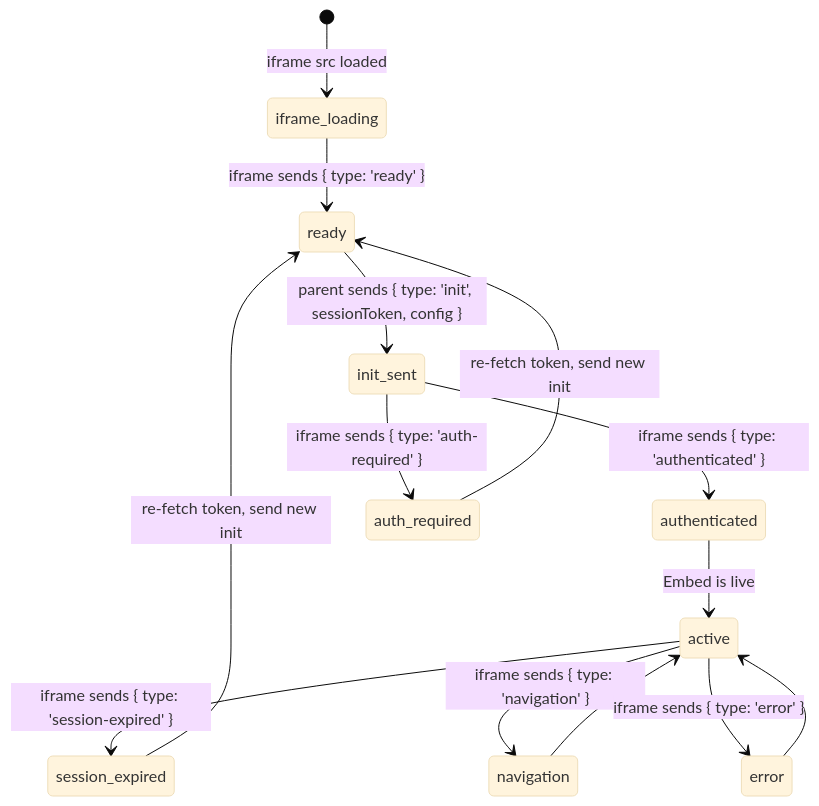
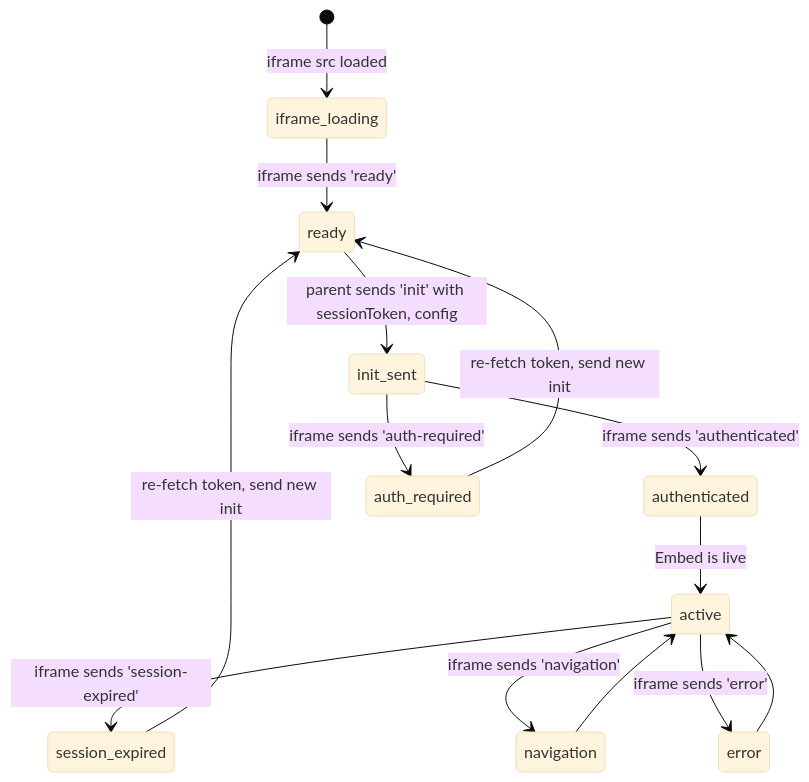
The second of 2 diagrams in docs/api-guide.md (Querri-inc/querri-embed), drawn with Mermaid (base theme) before and after one commit. The commit also changed 1 other file, not shown here.

Commit message:
Enhances TypeScript support and documentation clarity
Adds `typesVersions` to `package.json` to provide explicit type mappings for various framework-specific and server-side entry points. This significantly improves the developer experience by ensuring correct type resolution when consuming different parts of the package.

Also, clarifies message representations in the API guide's state diagram for better readability.

````diff
--- a/docs/api-guide.md
+++ b/docs/api-guide.md
@@ -371,16 +371,16 @@
 ```mermaid
 stateDiagram-v2
     [*] --> iframe_loading: iframe src loaded
-    iframe_loading --> ready: iframe sends { type: 'ready' }
-    ready --> init_sent: parent sends { type: 'init', sessionToken, config }
-    init_sent --> authenticated: iframe sends { type: 'authenticated' }
-    init_sent --> auth_required: iframe sends { type: 'auth-required' }
+    iframe_loading --> ready: iframe sends 'ready'
+    ready --> init_sent: parent sends 'init' with sessionToken, config
+    init_sent --> authenticated: iframe sends 'authenticated'
+    init_sent --> auth_required: iframe sends 'auth-required'
     authenticated --> active: Embed is live
-    active --> session_expired: iframe sends { type: 'session-expired' }
+    active --> session_expired: iframe sends 'session-expired'
     session_expired --> ready: re-fetch token, send new init
     auth_required --> ready: re-fetch token, send new init
-    active --> navigation: iframe sends { type: 'navigation' }
-    active --> error: iframe sends { type: 'error' }
+    active --> navigation: iframe sends 'navigation'
+    active --> error: iframe sends 'error'
     navigation --> active
     error --> active
 ```
````
